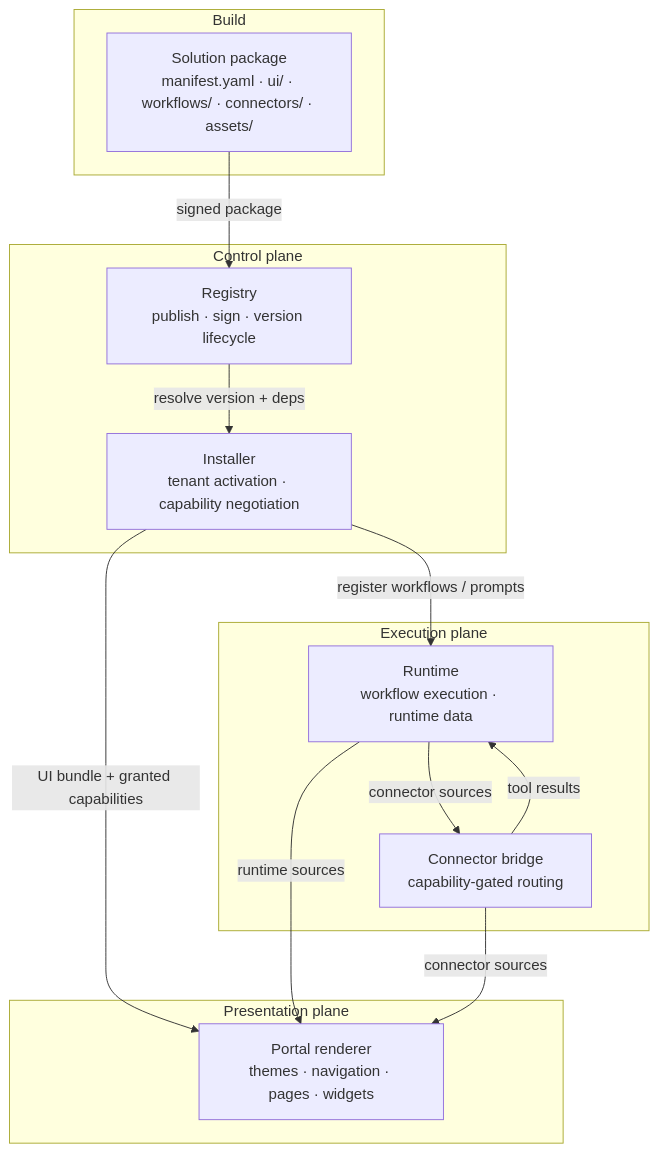
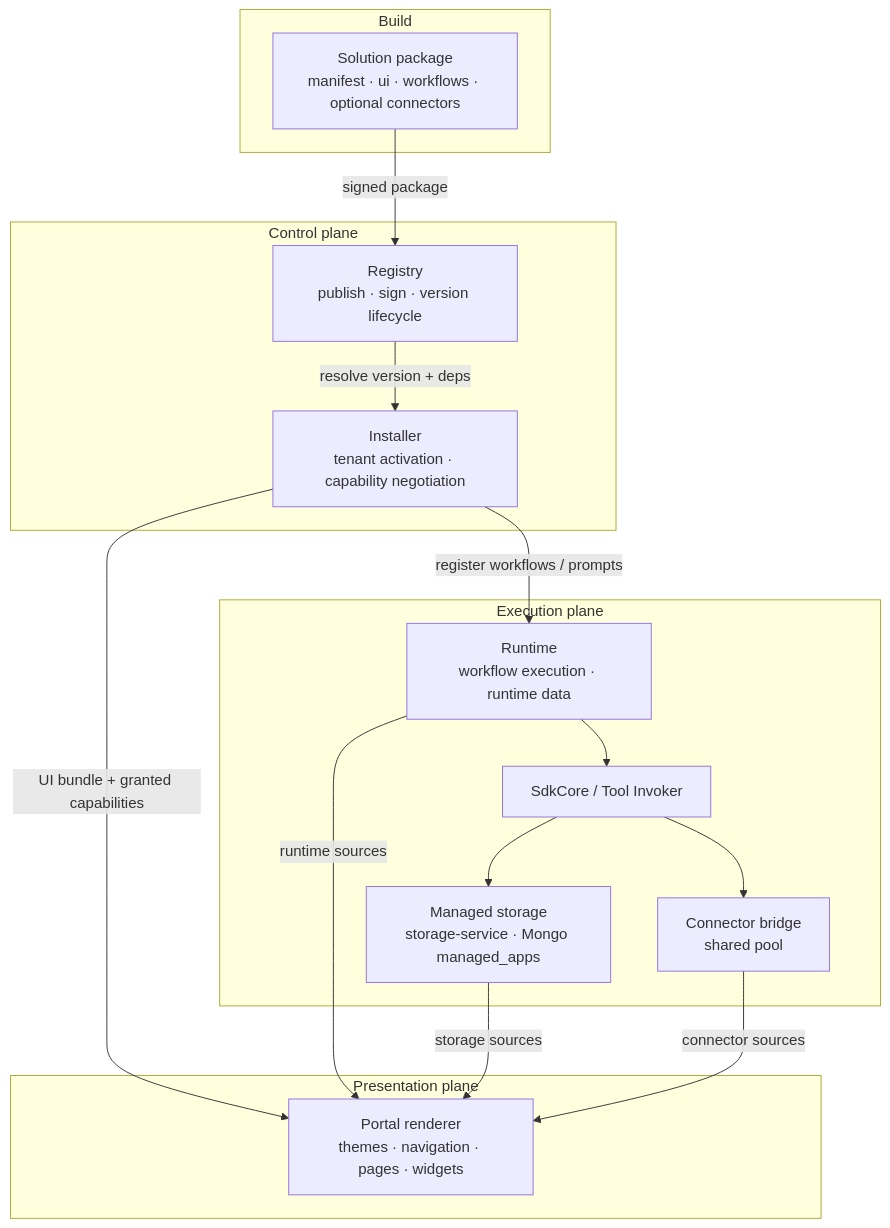
One commit to qefro-ai/qefro-documentation changed the first of 3 diagrams in docs/solutions/architecture.md. Above: the diagram before and after it, drawn with Mermaid. The commit also changed other lines of this file and 10 other files, not shown here.

First line of the commit message:
docs: document managed storage and restaurant-pro 1.3.0

````diff
--- a/docs/solutions/architecture.md
+++ b/docs/solutions/architecture.md
@@ -15,25 +15,29 @@
 ```mermaid
 flowchart TB
     subgraph Build
-        A[Solution package<br/>manifest.yaml · ui/ · workflows/ · connectors/ · assets/]
+        A[Solution package<br/>manifest · ui · workflows · optional connectors]
     end
     subgraph Control plane
         B[Registry<br/>publish · sign · version lifecycle]
         C[Installer<br/>tenant activation · capability negotiation]
     end
     subgraph Execution plane
         D[Runtime<br/>workflow execution · runtime data]
-        E[Connector bridge<br/>capability-gated routing]
+        E[SdkCore / Tool Invoker]
+        S[Managed storage<br/>storage-service · Mongo managed_apps]
+        F[Connector bridge<br/>shared pool]
     end
     subgraph Presentation plane
-        F[Portal renderer<br/>themes · navigation · pages · widgets]
+        G[Portal renderer<br/>themes · navigation · pages · widgets]
     end
     A -->|signed package| B
     B -->|resolve version + deps| C
     C -->|register workflows / prompts| D
-    D -->|connector sources| E
-    E -->|tool results| D
-    C -->|UI bundle + granted capabilities| F
-    D -->|runtime sources| F
-    E -->|connector sources| F
+    D --> E
+    E --> S
+    E --> F
+    C -->|UI bundle + granted capabilities| G
+    D -->|runtime sources| G
+    S -->|storage sources| G
+    F -->|connector sources| G
 ```
````
